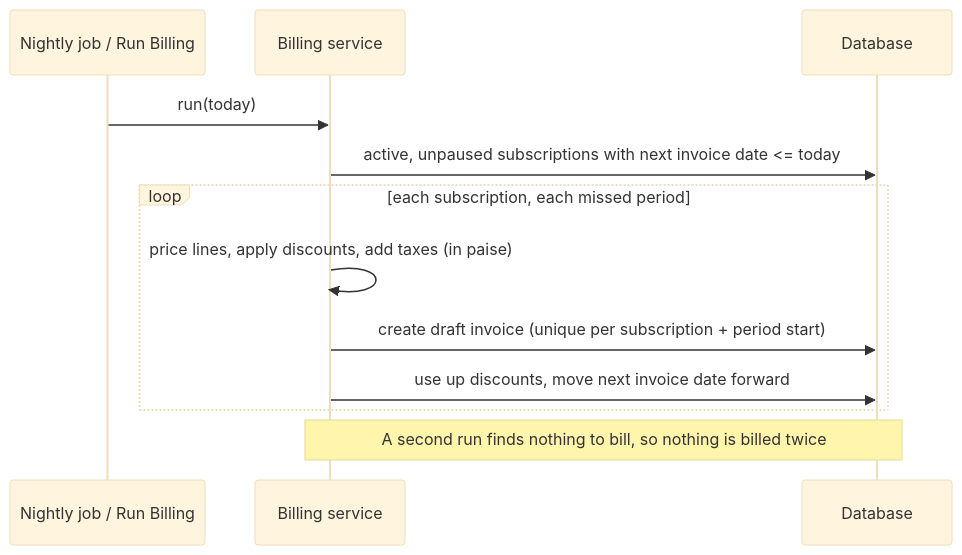
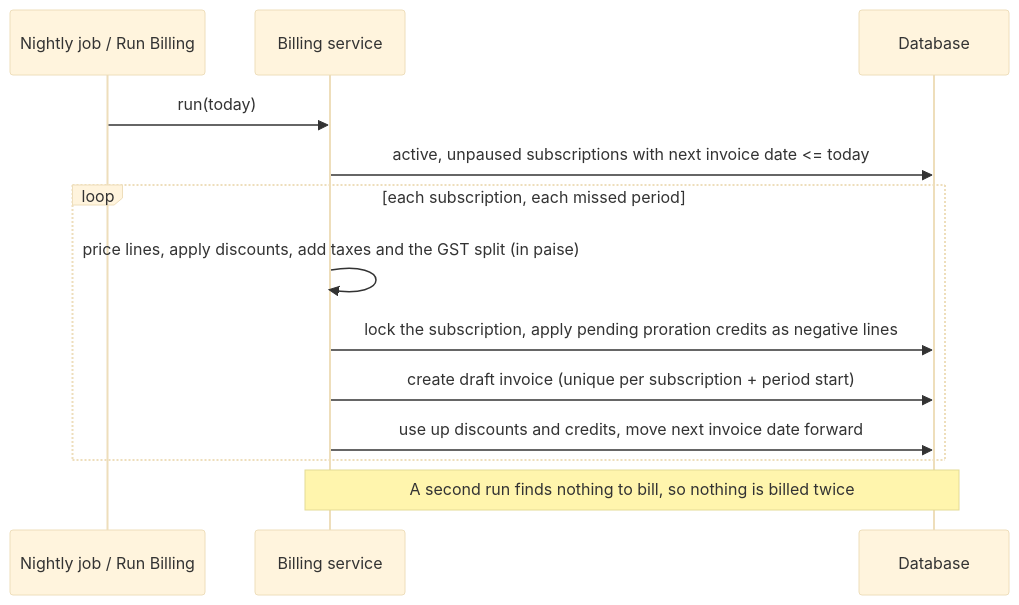
One commit to Vaibhav2005-r/odoo_lucknow changed the fourth of 5 diagrams in README.md. Above: the diagram before and after it, drawn with Mermaid (base theme). The commit also changed other lines of this file and 6 other files, not shown here.

````diff
--- a/README.md
+++ b/README.md
@@ -117,14 +129,15 @@
 ```mermaid
 sequenceDiagram
     participant T as Nightly job / Run Billing
     participant S as Billing service
     participant D as Database
     T->>S: run(today)
     S->>D: active, unpaused subscriptions with next invoice date <= today
     loop each subscription, each missed period
-        S->>S: price lines, apply discounts, add taxes (in paise)
+        S->>S: price lines, apply discounts, add taxes and the GST split (in paise)
+        S->>D: lock the subscription, apply pending proration credits as negative lines
         S->>D: create draft invoice (unique per subscription + period start)
-        S->>D: use up discounts, move next invoice date forward
+        S->>D: use up discounts and credits, move next invoice date forward
     end
     Note over S,D: A second run finds nothing to bill, so nothing is billed twice
 ```
````
